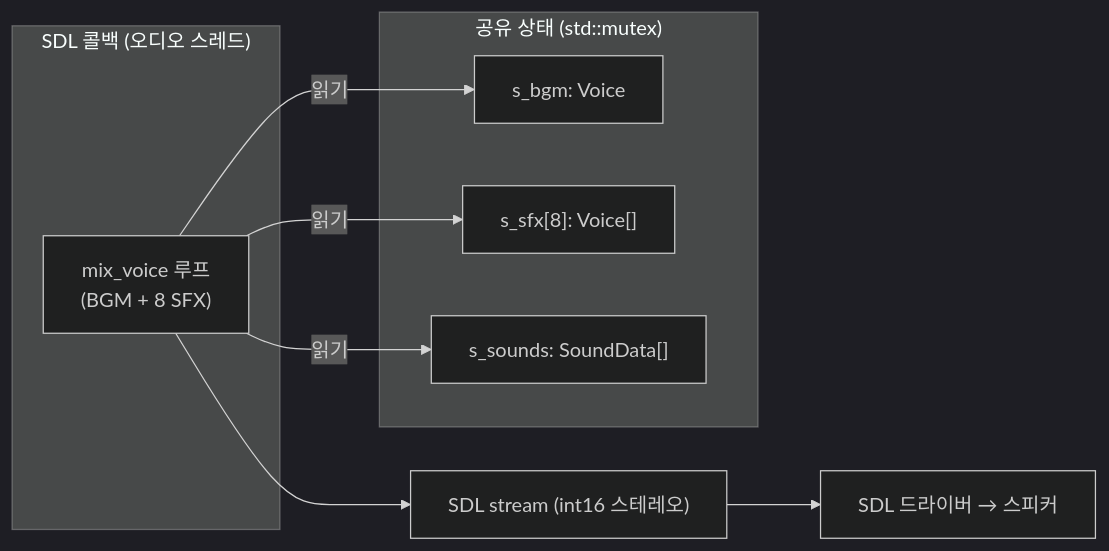
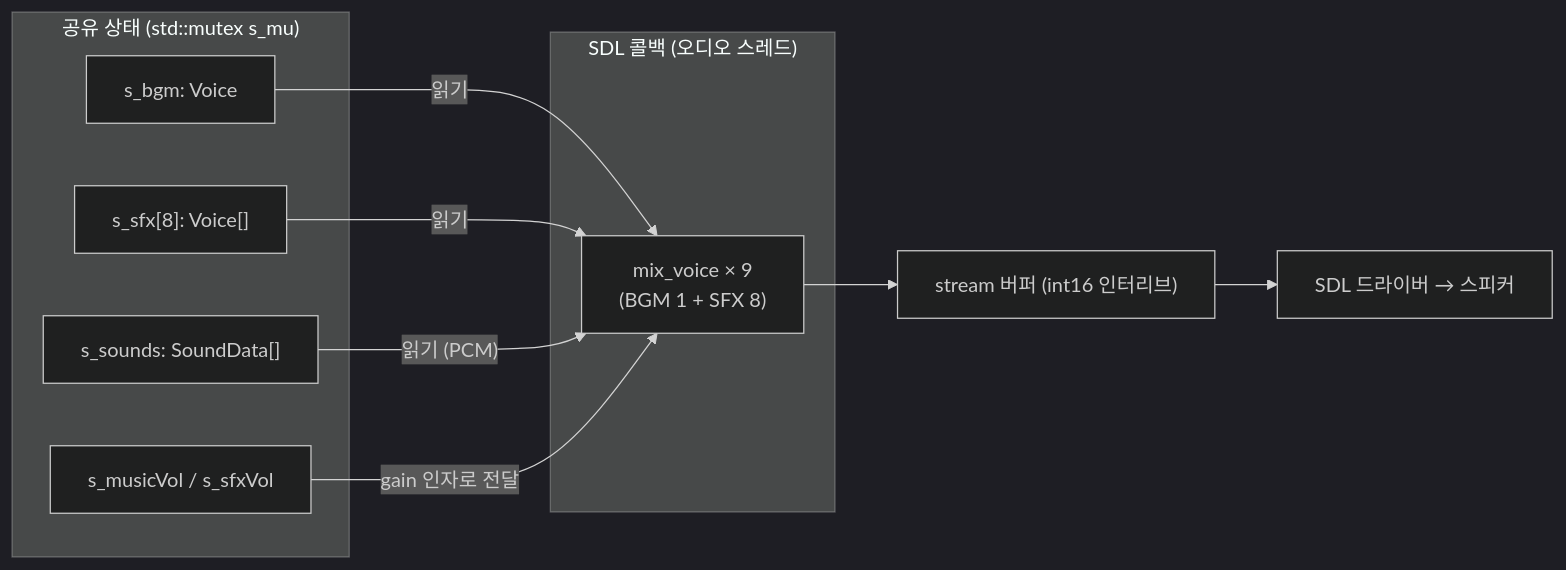
One commit to Rein-ArXiv/Tetris-Multiplayer-RL changed the sixth of 7 diagrams in docs/blog/part5-audio.md. Above: the diagram before and after it, drawn with Mermaid (dark theme). The commit also changed other lines of this file and 41 other files, not shown here.

````diff
--- a/docs/blog/part5-audio.md
+++ b/docs/blog/part5-audio.md
@@ -831,18 +1284,20 @@
 ```mermaid
 graph LR
     subgraph "SDL 콜백 (오디오 스레드)"
-        MIX["mix_voice 루프<br/>(BGM + 8 SFX)"]
+        MIX["mix_voice × 9<br/>(BGM 1 + SFX 8)"]
     end
 
-    subgraph "공유 상태 (std::mutex)"
+    subgraph "공유 상태 (std::mutex s_mu)"
         BGM["s_bgm: Voice"]
         SFX["s_sfx[8]: Voice[]"]
         SOUNDS["s_sounds: SoundData[]"]
+        VOL["s_musicVol / s_sfxVol"]
     end
 
-    MIX -- "읽기" --> BGM
-    MIX -- "읽기" --> SFX
-    MIX -- "읽기" --> SOUNDS
-    MIX --> OUT["SDL stream (int16 스테레오)"]
+    BGM -- "읽기" --> MIX
+    SFX -- "읽기" --> MIX
+    SOUNDS -- "읽기 (PCM)" --> MIX
+    VOL -- "gain 인자로 전달" --> MIX
+    MIX --> OUT["stream 버퍼 (int16 인터리브)"]
     OUT --> DRV["SDL 드라이버 → 스피커"]
 ```
````
